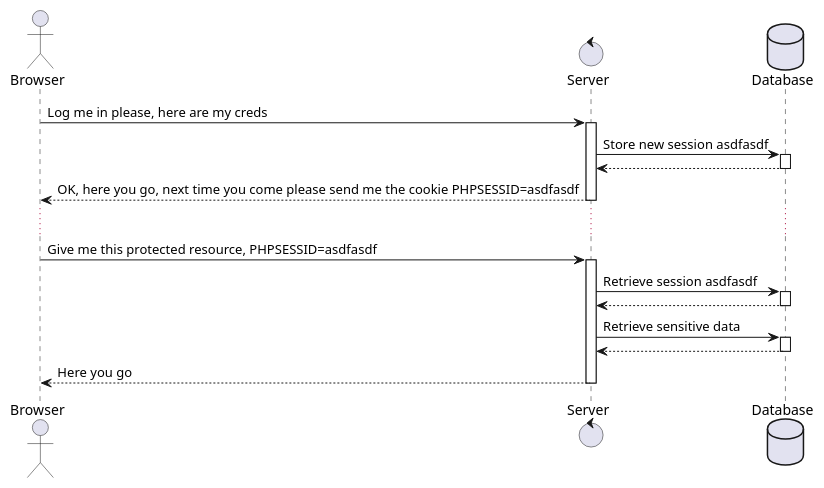
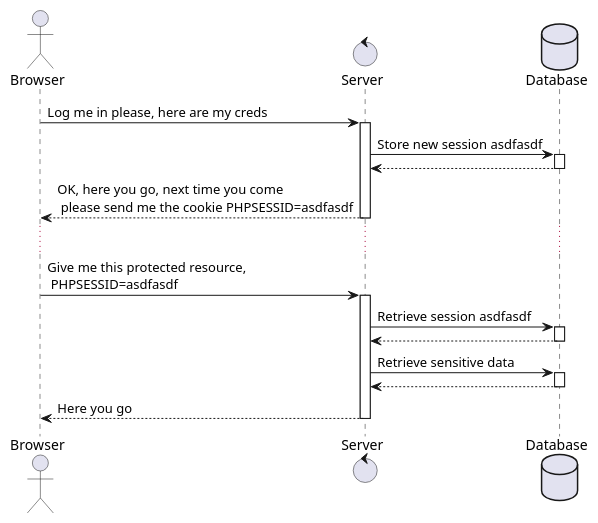
One commit to Moniter123/build-cdn changed the first of 4 diagrams in _posts/2018-01-25-stop-using-php-sessions.md. Above: the diagram before and after it, drawn with PlantUML. The commit also changed other lines of this file and 25 other files, not shown here.

```diff
--- a/_posts/2018-01-25-stop-using-php-sessions.md
+++ b/_posts/2018-01-25-stop-using-php-sessions.md
@@ -32,26 +32,26 @@
 @startuml
 actor Browser
 control Server
 database Database
 Browser -> Server: Log me in please, here are my creds
 Activate Server
 Server -> Database: Store new session asdfasdf
 Activate Database
 Server <-- Database
 Deactivate Database
-Server --> Browser: OK, here you go, next time you come please send me the cookie PHPSESSID=asdfasdf
+Server --> Browser: OK, here you go, next time you come\n please send me the cookie PHPSESSID=asdfasdf
 Deactivate Server
 ...
-Browser -> Server: Give me this protected resource, PHPSESSID=asdfasdf
+Browser -> Server: Give me this protected resource,\n PHPSESSID=asdfasdf
 Activate Server
 Server -> Database: Retrieve session asdfasdf
 Activate Database
 Server <-- Database
 Deactivate Database
 Server -> Database: Retrieve sensitive data
 Activate Database
 Server <-- Database
 Deactivate Database
 Browser <-- Server: Here you go
 Deactivate Server
 @enduml
```
